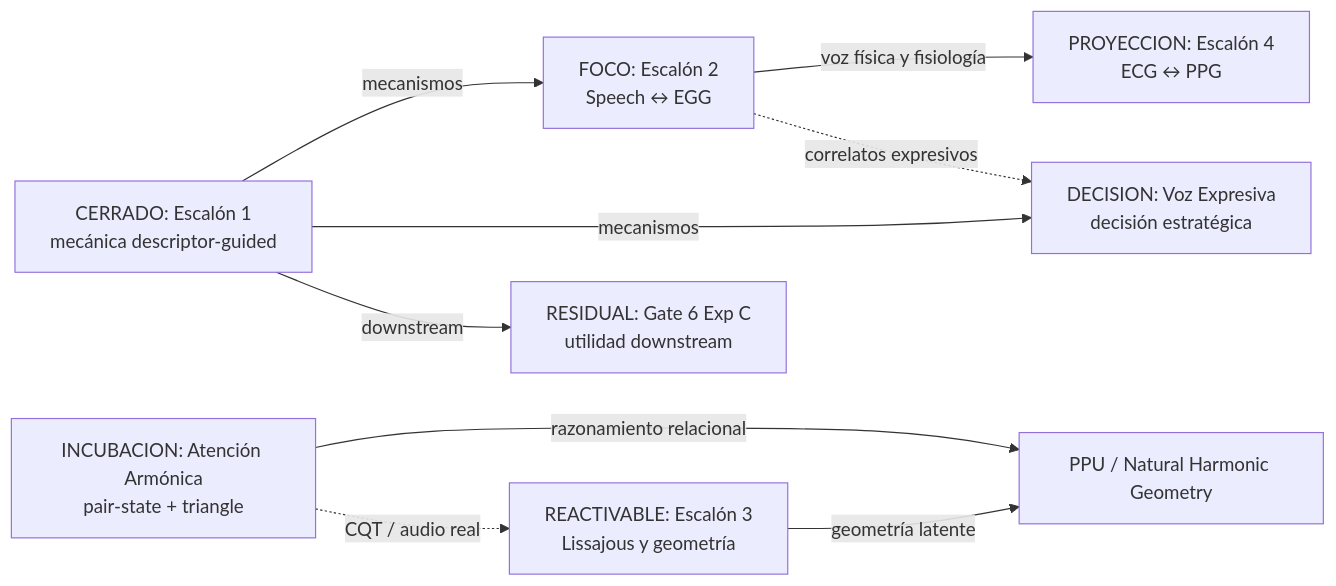
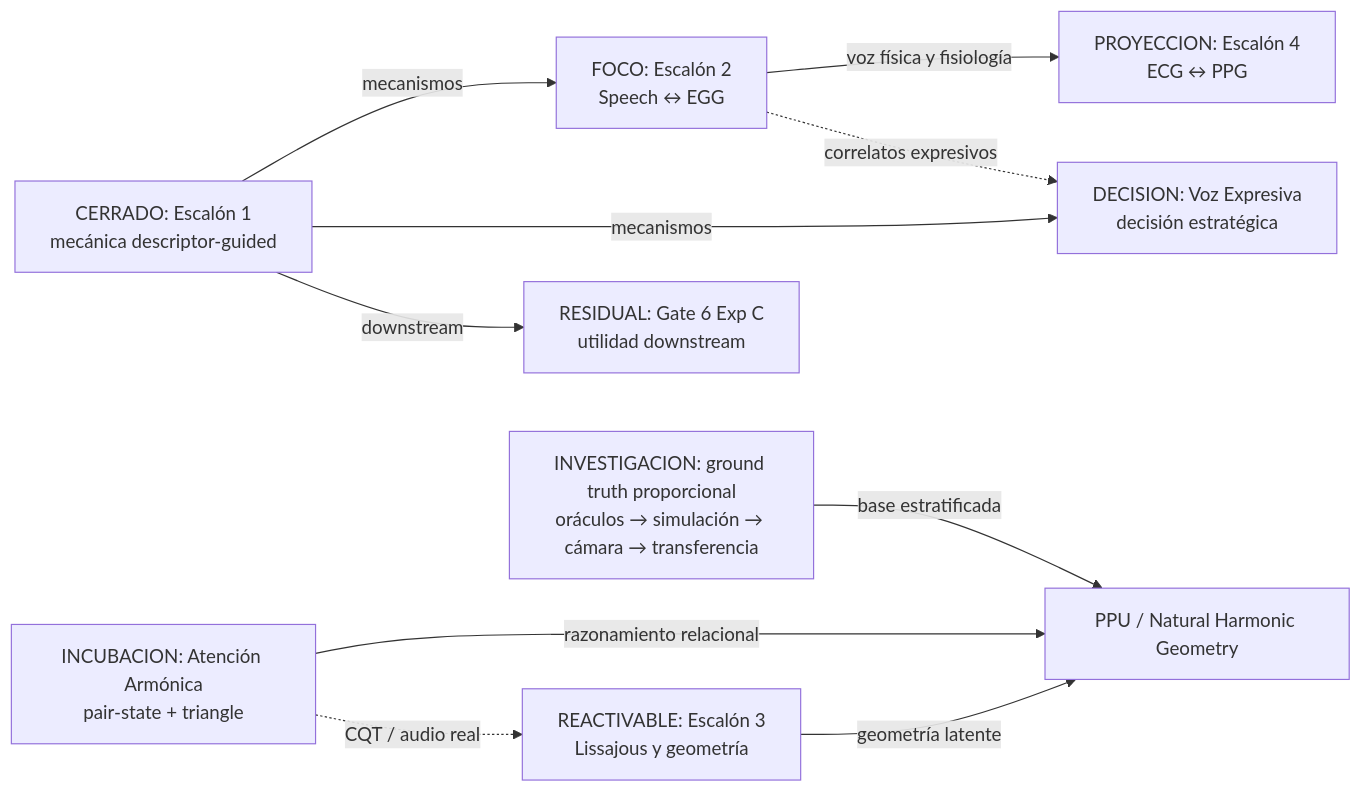
The first of 2 diagrams in Documents/05_WIKI/MAPA_VISUAL_DEL_PROGRAMA.md (Mar-IA-no/Phideus), drawn with Mermaid before and after one commit. The commit also changed other lines of this file and 13 other files, not shown here.

````diff
--- a/Documents/05_WIKI/MAPA_VISUAL_DEL_PROGRAMA.md
+++ b/Documents/05_WIKI/MAPA_VISUAL_DEL_PROGRAMA.md
@@ -35,20 +36,22 @@
 ```mermaid
 flowchart LR
     E1["CERRADO: Escalón 1<br/>mecánica descriptor-guided"]
     G6["RESIDUAL: Gate 6 Exp C<br/>utilidad downstream"]
     E2["FOCO: Escalón 2<br/>Speech ↔ EGG"]
     VE["DECISION: Voz Expresiva<br/>decisión estratégica"]
     E3["REACTIVABLE: Escalón 3<br/>Lissajous y geometría"]
     AA["INCUBACION: Atención Armónica<br/>pair-state + triangle"]
     E4["PROYECCION: Escalón 4<br/>ECG ↔ PPG"]
     PPU["PPU / Natural Harmonic Geometry"]
+    GT["INVESTIGACION: ground truth proporcional<br/>oráculos → simulación → cámara → transferencia"]
 
     E1 -->|mecanismos| E2
     E1 -->|mecanismos| VE
     E1 -->|downstream| G6
     E2 -->|voz física y fisiología| E4
     E2 -.->|correlatos expresivos| VE
     E3 -->|geometría latente| PPU
     AA -->|razonamiento relacional| PPU
+    GT -->|base estratificada| PPU
     AA -.->|CQT / audio real| E3
 ```
````
